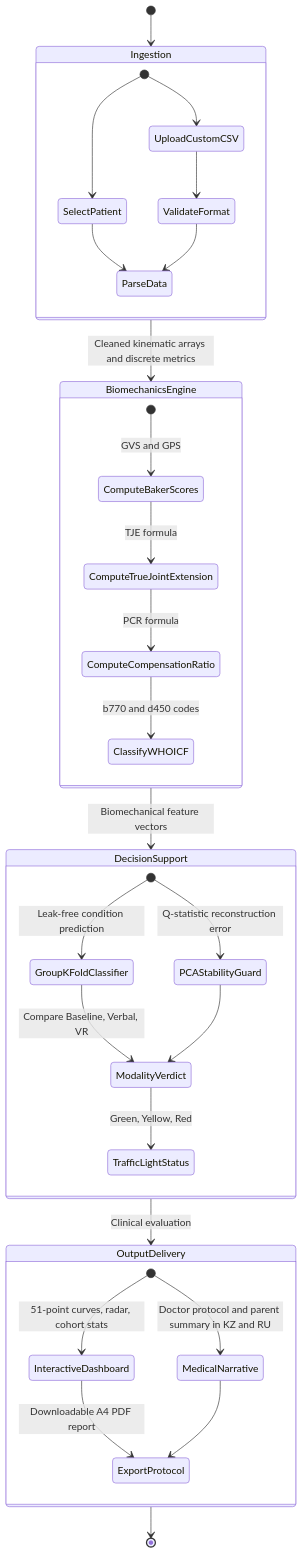
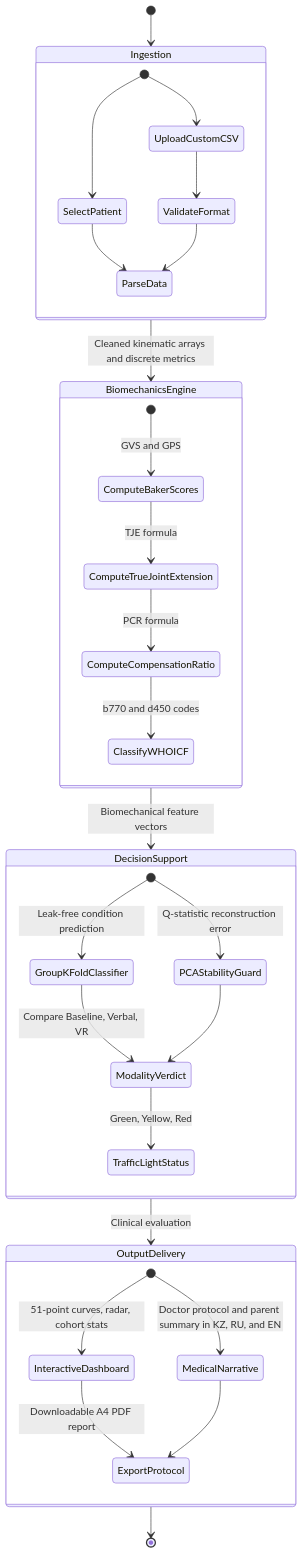
The diagram in README.md (Tamukj/Libra), drawn with Mermaid before and after one commit. The commit also changed other lines of this file and 69 other files, not shown here.

````diff
--- a/README.md
+++ b/README.md
@@ -13,42 +13,42 @@
 ```mermaid
 stateDiagram-v2
     [*] --> Ingestion
 
     state Ingestion {
         [*] --> SelectPatient
         [*] --> UploadCustomCSV
         SelectPatient --> ParseData
         UploadCustomCSV --> ValidateFormat
         ValidateFormat --> ParseData
     }
 
     Ingestion --> BiomechanicsEngine : Cleaned kinematic arrays and discrete metrics
 
     state BiomechanicsEngine {
         [*] --> ComputeBakerScores : GVS and GPS
         ComputeBakerScores --> ComputeTrueJointExtension : TJE formula
         ComputeTrueJointExtension --> ComputeCompensationRatio : PCR formula
         ComputeCompensationRatio --> ClassifyWHOICF : b770 and d450 codes
     }
 
     BiomechanicsEngine --> DecisionSupport : Biomechanical feature vectors
 
     state DecisionSupport {
         [*] --> GroupKFoldClassifier : Leak-free condition prediction
         [*] --> PCAStabilityGuard : Q-statistic reconstruction error
         GroupKFoldClassifier --> ModalityVerdict : Compare Baseline, Verbal, VR
         PCAStabilityGuard --> ModalityVerdict
         ModalityVerdict --> TrafficLightStatus : Green, Yellow, Red
     }
 
     DecisionSupport --> OutputDelivery : Clinical evaluation
 
     state OutputDelivery {
         [*] --> InteractiveDashboard : 51-point curves, radar, cohort stats
-        [*] --> MedicalNarrative : Doctor protocol and parent summary in KZ and RU
+        [*] --> MedicalNarrative : Doctor protocol and parent summary in KZ, RU, and EN
         InteractiveDashboard --> ExportProtocol : Downloadable A4 PDF report
         MedicalNarrative --> ExportProtocol
     }
 
     OutputDelivery --> [*]
 ```
````
